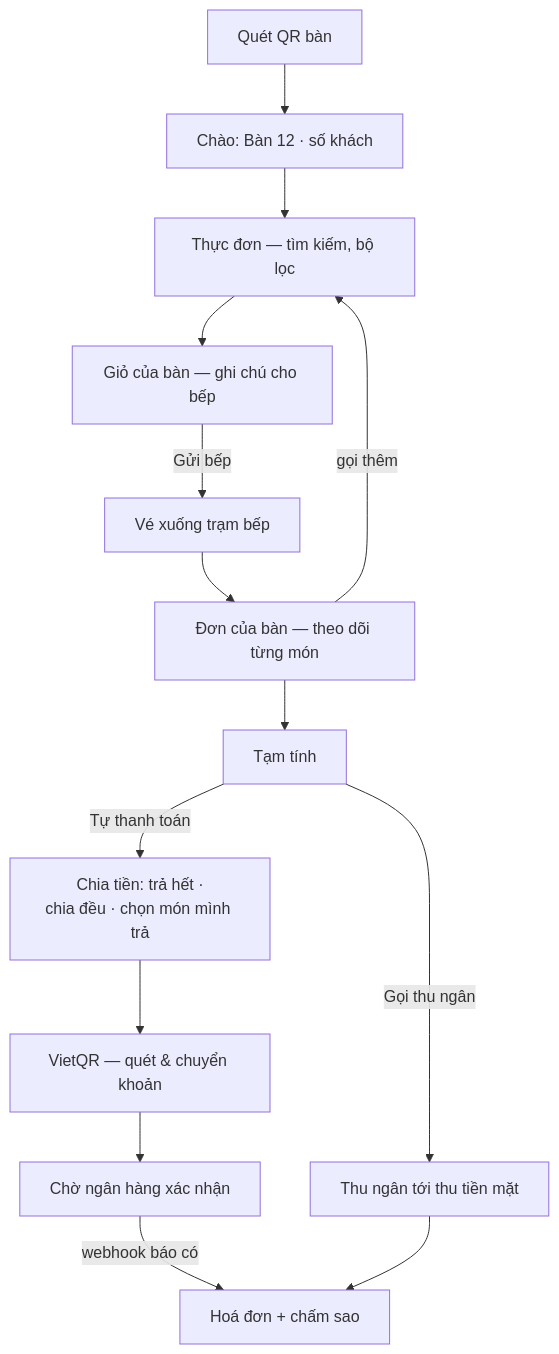
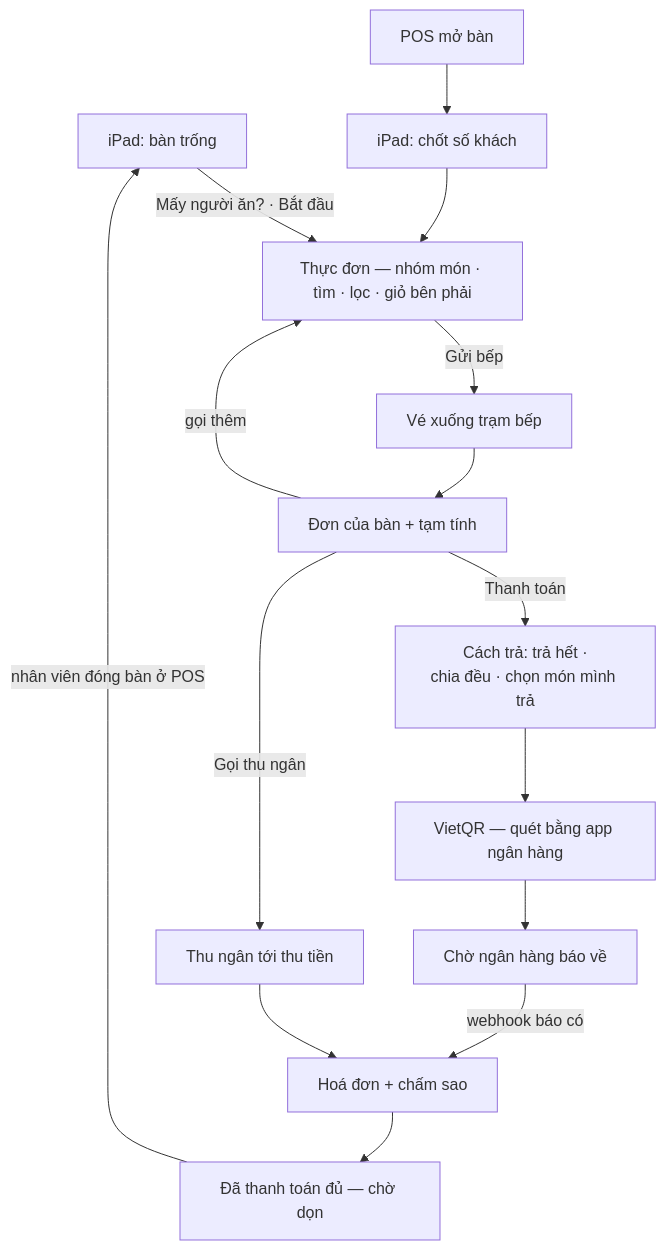
Before and after one commit to nguyendinhlong04/tokyo-sora: the diagram in huong-dan-su-dung/04-khach-goi-mon-tai-ban.md, drawn with Mermaid. The commit also changed other lines of this file and 98 other files, not shown here.

````diff
--- a/huong-dan-su-dung/04-khach-goi-mon-tai-ban.md
+++ b/huong-dan-su-dung/04-khach-goi-mon-tai-ban.md
@@ -22,16 +33,17 @@
 ```mermaid
 flowchart TD
-    A["Quét QR bàn"] --> B["Chào: Bàn 12 · số khách"]
-    B --> C["Thực đơn — tìm kiếm, bộ lọc"]
-    C --> D["Giỏ của bàn — ghi chú cho bếp"]
-    D -- "Gửi bếp" --> E["Vé xuống trạm bếp"]
-    E --> F["Đơn của bàn — theo dõi từng món"]
+    A["iPad: bàn trống"] -- "Mấy người ăn? · Bắt đầu" --> C
+    S["POS mở bàn"] --> B["iPad: chốt số khách"] --> C
+    C["Thực đơn — nhóm món · tìm · lọc · giỏ bên phải"]
+    C -- "Gửi bếp" --> E["Vé xuống trạm bếp"]
+    E --> F["Đơn của bàn + tạm tính"]
     F -- "gọi thêm" --> C
-    F --> G["Tạm tính"]
-    G -- "Tự thanh toán" --> H["Chia tiền: trả hết ·<br/>chia đều · chọn món mình trả"]
-    G -- "Gọi thu ngân" --> P["Thu ngân tới thu tiền mặt"]
-    H --> I["VietQR — quét & chuyển khoản"]
-    I --> J["Chờ ngân hàng xác nhận"]
+    F -- "Thanh toán" --> H["Cách trả: trả hết ·<br/>chia đều · chọn món mình trả"]
+    F -- "Gọi thu ngân" --> P["Thu ngân tới thu tiền"]
+    H --> I["VietQR — quét bằng app ngân hàng"]
+    I --> J["Chờ ngân hàng báo về"]
     J -- "webhook báo có" --> K["Hoá đơn + chấm sao"]
     P --> K
+    K --> L["Đã thanh toán đủ — chờ dọn"]
+    L -- "nhân viên đóng bàn ở POS" --> A
 ```
````
